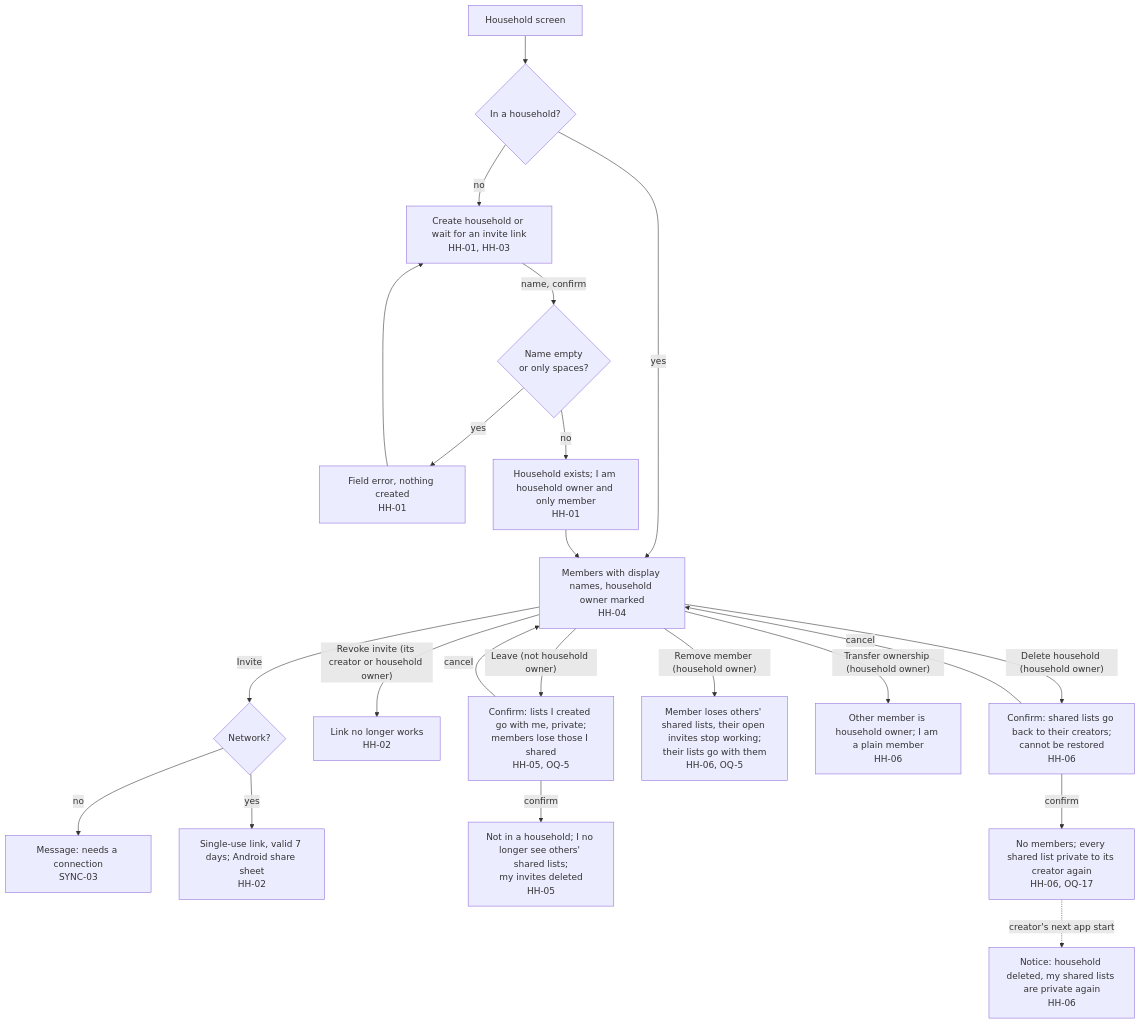
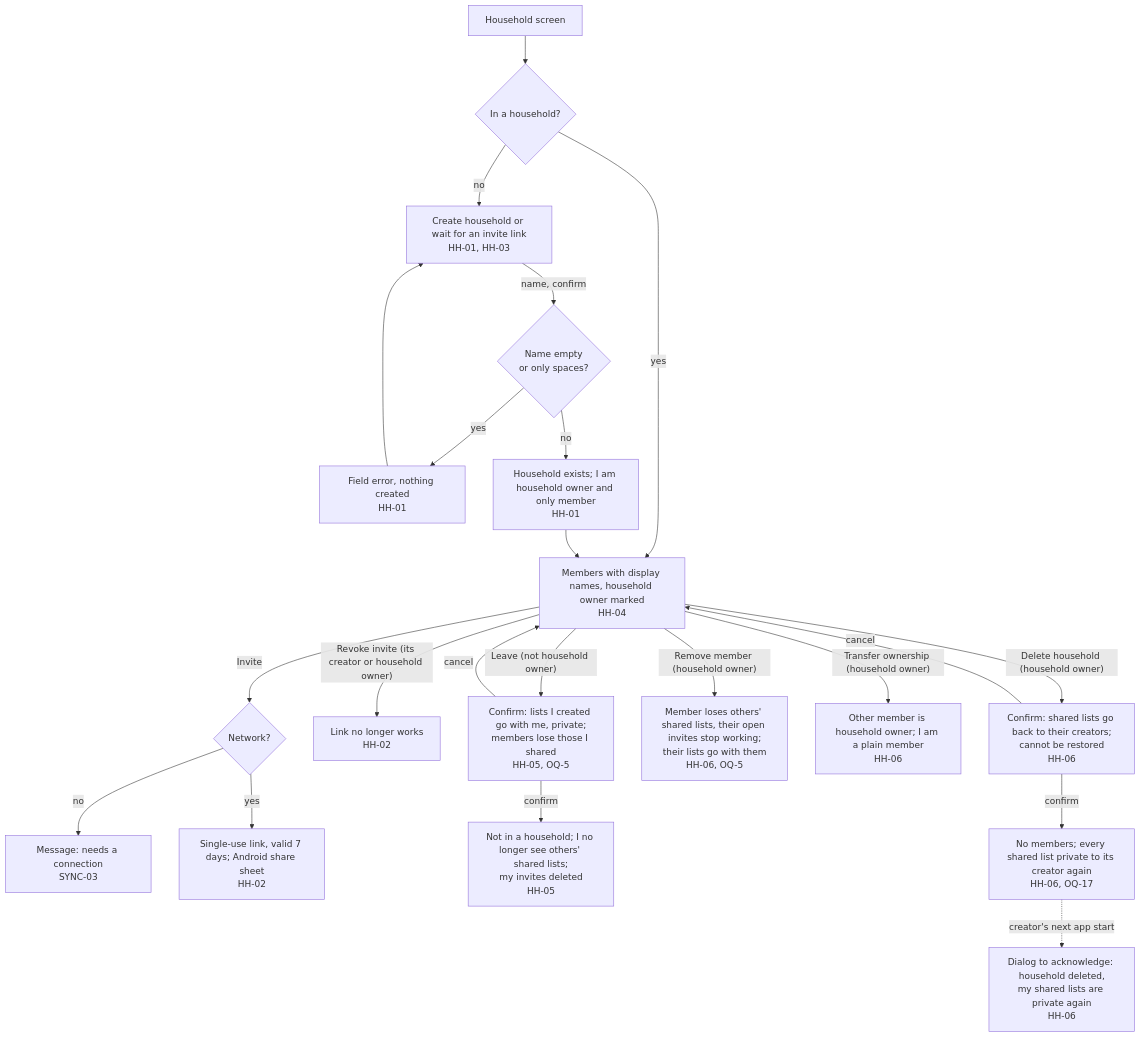
The fourth of 11 diagrams in docs/product/flow.md (bondo/listicles2), drawn with Mermaid before and after one commit. The commit also changed other lines of this file and 1 other file, not shown here.

````diff
--- a/docs/product/flow.md
+++ b/docs/product/flow.md
@@ -108,23 +110,23 @@
 ```mermaid
 flowchart TD
     hh["Household screen"] --> inhh{"In a household?"}
     inhh -- "no" --> offer["Create household or wait for an invite link<br>HH-01, HH-03"]
     offer -- "name, confirm" --> valid{"Name empty<br>or only spaces?"}
     valid -- "yes" --> nameerr["Field error, nothing created<br>HH-01"] --> offer
     valid -- "no" --> created["Household exists; I am household owner and only member<br>HH-01"]
     inhh -- "yes" --> members["Members with display names, household owner marked<br>HH-04"]
     created --> members
     members -- "Invite" --> inv{"Network?"}
     inv -- "no" --> invnet["Message: needs a connection<br>SYNC-03"]
     inv -- "yes" --> share["Single-use link, valid 7 days; Android share sheet<br>HH-02"]
     members -- "Revoke invite (its creator or household owner)" --> revoked["Link no longer works<br>HH-02"]
     members -- "Leave (not household owner)" --> leave["Confirm: lists I created go with me, private;<br>members lose those I shared<br>HH-05, OQ-5"]
     leave -- "cancel" --> members
     leave -- "confirm" --> left["Not in a household; I no longer see others' shared lists;<br>my invites deleted<br>HH-05"]
     members -- "Remove member (household owner)" --> removed["Member loses others' shared lists, their open invites stop working;<br>their lists go with them<br>HH-06, OQ-5"]
     members -- "Transfer ownership (household owner)" --> moved["Other member is household owner; I am a plain member<br>HH-06"]
     members -- "Delete household (household owner)" --> delc["Confirm: shared lists go back to their creators;<br>cannot be restored<br>HH-06"]
     delc -- "cancel" --> members
     delc -- "confirm" --> deleted["No members; every shared list private to its creator again<br>HH-06, OQ-17"]
-    deleted -. "creator's next app start" .-> notice["Notice: household deleted, my shared lists are private again<br>HH-06"]
+    deleted -. "creator's next app start" .-> notice["Dialog to acknowledge: household deleted,<br>my shared lists are private again<br>HH-06"]
 ```
````
